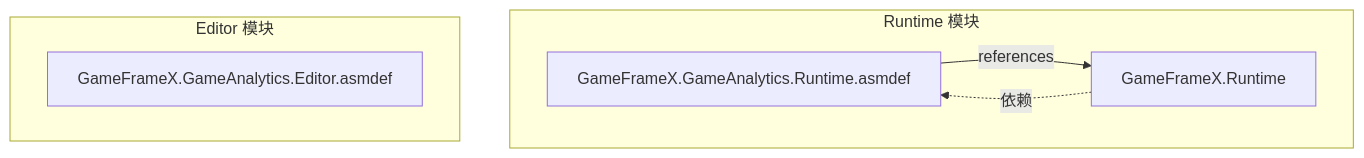
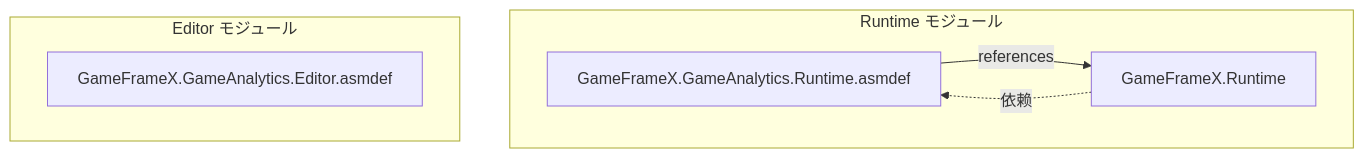
One commit to AlianBlank/GameFrameX.Docs changed the first of 2 diagrams in docs/ja/client/unity/component/gameanalytics/02.installation.md. Above: the diagram before and after it, drawn with Mermaid. The commit also changed other lines of this file and 320 other files, not shown here.

````diff
--- a/docs/ja/client/unity/component/gameanalytics/02.installation.md
+++ b/docs/ja/client/unity/component/gameanalytics/02.installation.md
@@ -74,13 +74,13 @@
 ```mermaid
 flowchart TD
-    subgraph Runtime["Runtime 模块"]
+    subgraph Runtime["Runtime モジュール"]
         ASM1[GameFrameX.GameAnalytics.Runtime.asmdef]
         ASM1 -->|"references"| CORE[GameFrameX.Runtime]
     end
     
-    subgraph Editor["Editor 模块"]
+    subgraph Editor["Editor モジュール"]
         ASM2[GameFrameX.GameAnalytics.Editor.asmdef]
     end
     
     CORE -.->|"依赖"| ASM1
 ```
````
